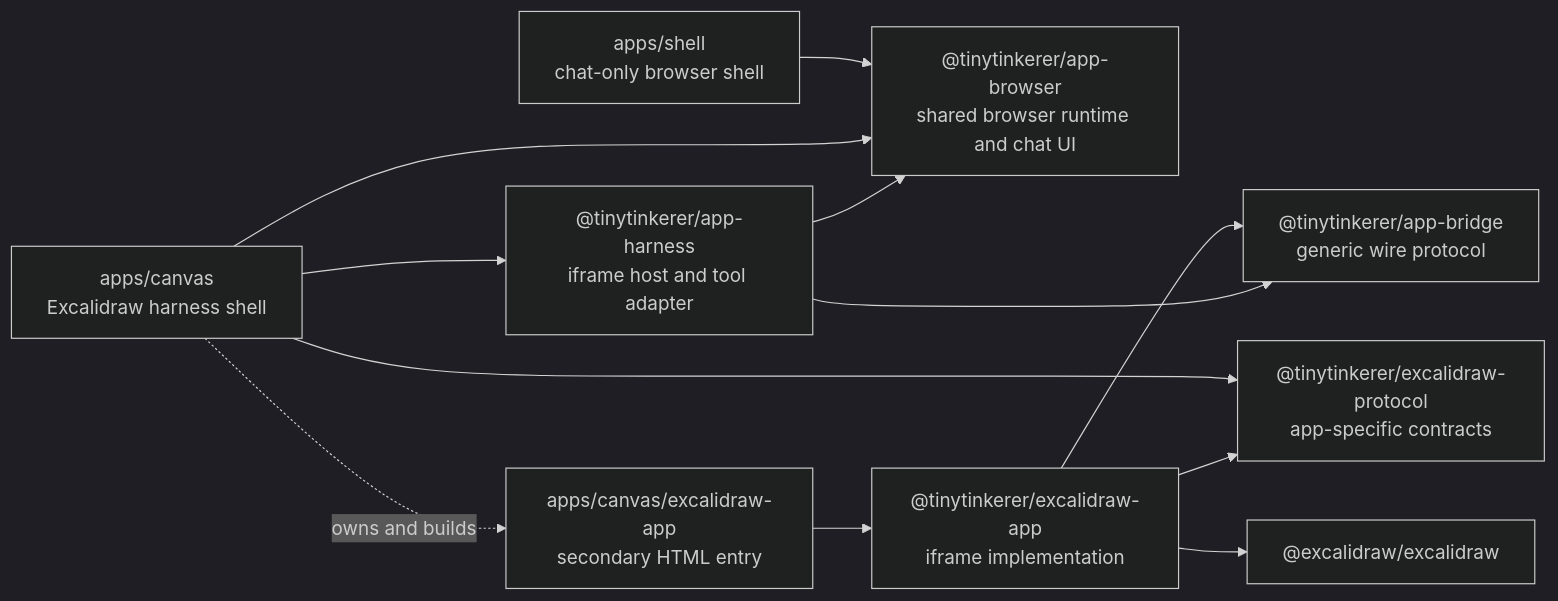
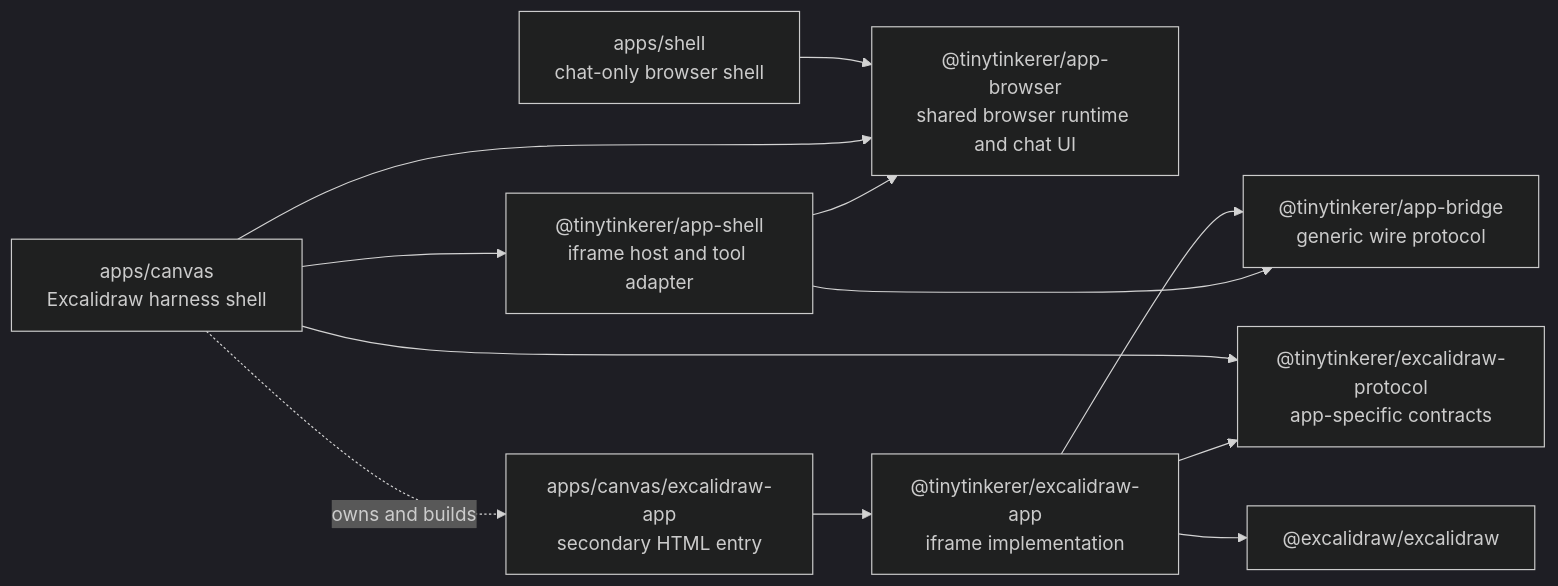
The first of 14 diagrams in docs/app-harness.md (NNTin/tinytinkerer), drawn with Mermaid (dark theme) before and after one commit. The commit also changed other lines of this file and 41 other files, not shown here.

Commit message:
refactor(app-shell): replace app-harness package

````diff
--- a/docs/app-harness.md
+++ b/docs/app-harness.md
@@ -43,28 +43,28 @@
 ```mermaid
 flowchart LR
   widget["apps/shell<br/>chat-only browser shell"]
   canvas["apps/canvas<br/>Excalidraw harness shell"]
   canvasEntry["apps/canvas/excalidraw-app<br/>secondary HTML entry"]
 
   browser["@tinytinkerer/app-browser<br/>shared browser runtime and chat UI"]
-  harness["@tinytinkerer/app-harness<br/>iframe host and tool adapter"]
+  harness["@tinytinkerer/app-shell<br/>iframe host and tool adapter"]
   protocol["@tinytinkerer/excalidraw-protocol<br/>app-specific contracts"]
   bridge["@tinytinkerer/app-bridge<br/>generic wire protocol"]
   excalidrawApp["@tinytinkerer/excalidraw-app<br/>iframe implementation"]
   excalidraw["@excalidraw/excalidraw"]
 
   widget --> browser
 
   canvas --> browser
   canvas --> harness
   canvas --> protocol
   canvas -. owns and builds .-> canvasEntry
 
   canvasEntry --> excalidrawApp
   excalidrawApp --> protocol
   excalidrawApp --> bridge
   excalidrawApp --> excalidraw
 
   harness --> browser
   harness --> bridge
 ```
````
